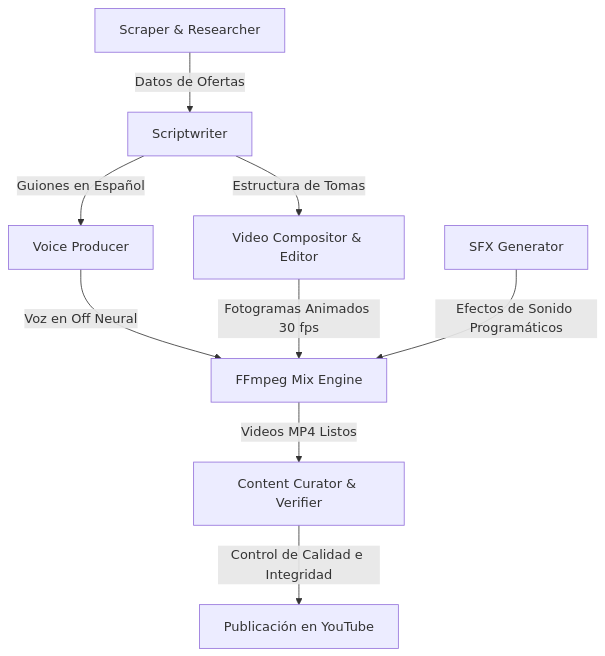
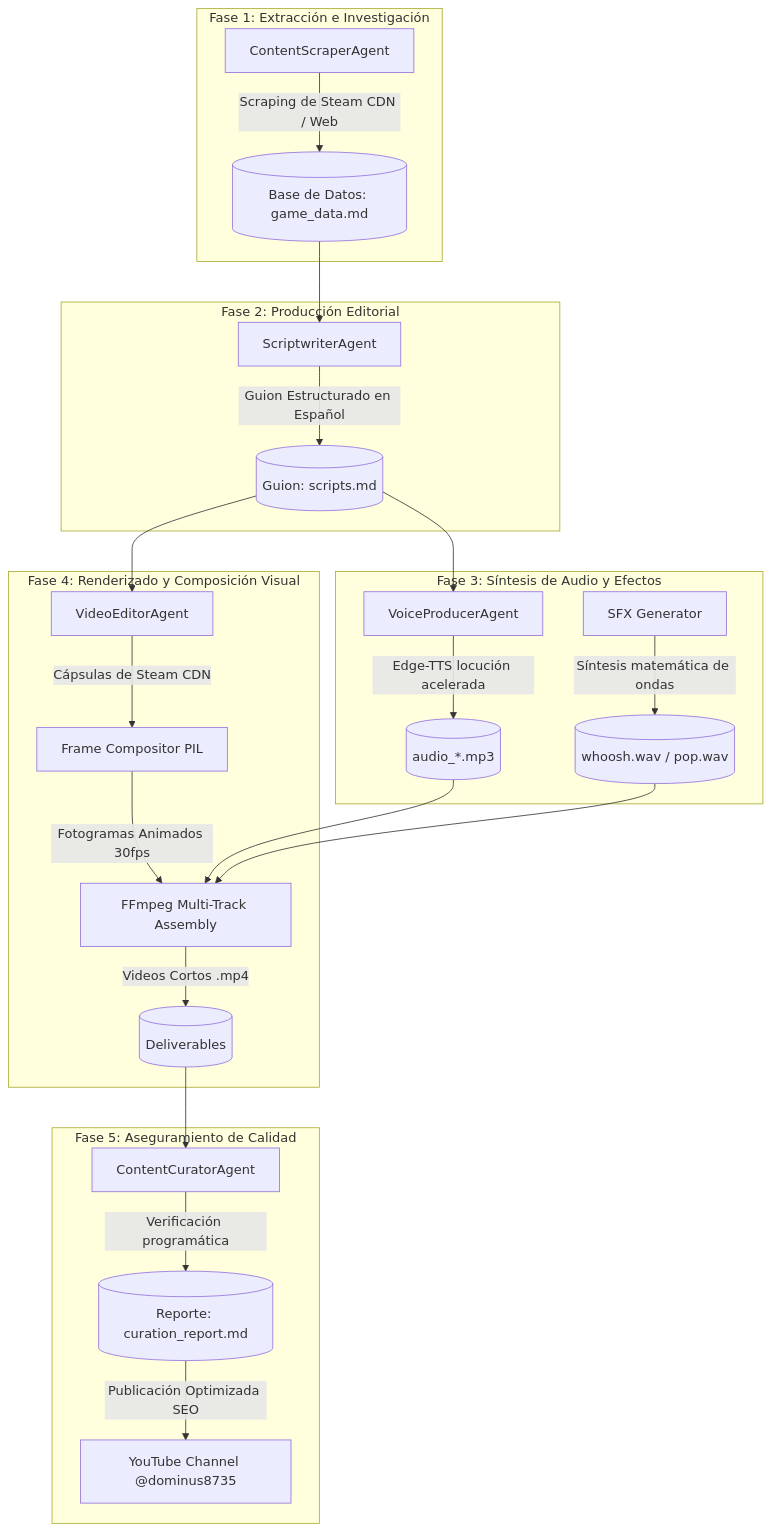
One commit to DOMINUSBABEL/KINESIO changed the diagram in README.md. Above: the diagram before and after it, drawn with Mermaid. The commit also changed other lines of this file, not shown here.

Commit message:
Update README with technical details and credits, update curation report

````diff
--- a/README.md
+++ b/README.md
@@ -13,11 +13,32 @@
 ```mermaid
 graph TD
-    A[Scraper & Researcher] -->|Datos de Ofertas| B[Scriptwriter]
-    B -->|Guiones en Español| C[Voice Producer]
-    B -->|Estructura de Tomas| D[Video Compositor & Editor]
-    C -->|Voz en Off Neural| E[FFmpeg Mix Engine]
-    D -->|Fotogramas Animados 30 fps| E
-    F[SFX Generator] -->|Efectos de Sonido Programáticos| E
-    E -->|Videos MP4 Listos| G[Content Curator & Verifier]
-    G -->|Control de Calidad e Integridad| H[Publicación en YouTube]
+    subgraph Fase 1: Extracción e Investigación
+        A[ContentScraperAgent] -->|Scraping de Steam CDN / Web| B[(Base de Datos: game_data.md)]
+    end
+
+    subgraph Fase 2: Producción Editorial
+        B --> C[ScriptwriterAgent]
+        C -->|Guion Estructurado en Español| D[(Guion: scripts.md)]
+    end
+
+    subgraph Fase 3: Síntesis de Audio y Efectos
+        D --> E[VoiceProducerAgent]
+        E -->|Edge-TTS locución acelerada| F[(audio_*.mp3)]
+        G[SFX Generator] -->|Síntesis matemática de ondas| H[(whoosh.wav / pop.wav)]
+    end
+
+    subgraph Fase 4: Renderizado y Composición Visual
+        D --> I[VideoEditorAgent]
+        I -->|Cápsulas de Steam CDN| J[Frame Compositor PIL]
+        J -->|Fotogramas Animados 30fps| K[FFmpeg Multi-Track Assembly]
+        F --> K
+        H --> K
+        K -->|Videos Cortos .mp4| L[(Deliverables)]
+    end
+
+    subgraph Fase 5: Aseguramiento de Calidad
+        L --> M[ContentCuratorAgent]
+        M -->|Verificación programática| N[(Reporte: curation_report.md)]
+        N -->|Publicación Optimizada SEO| O[YouTube Channel @dominus8735]
+    end
 ```
````
